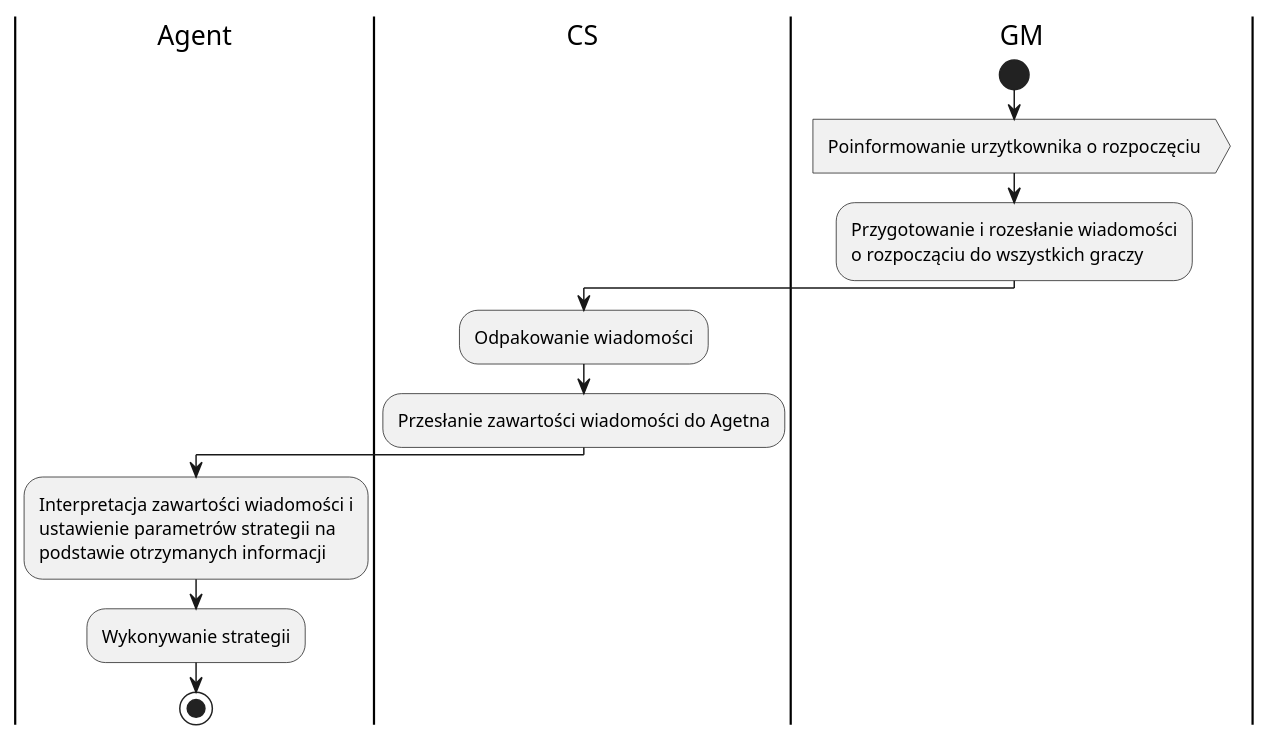
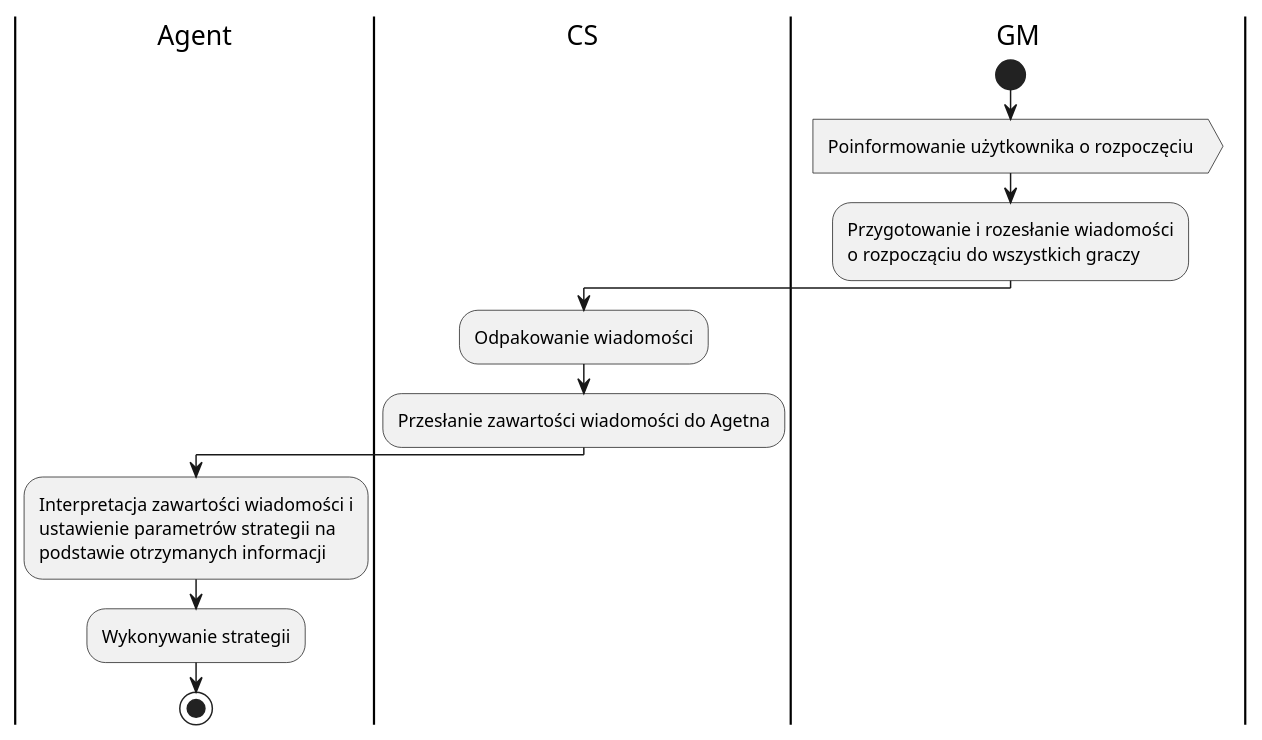
The diagram in UML/SequenceDiagram/Agent/startGame.puml (MINI-IO/IO-project-game), drawn with PlantUML before and after one commit.

```diff
--- a/UML/SequenceDiagram/Agent/startGame.puml
+++ b/UML/SequenceDiagram/Agent/startGame.puml
@@ -1,20 +1,20 @@
 @startuml
 skinparam shadowing false
 skinparam monochrome true
 skinparam sequenceGroupBorderThickness 0.5
 |Agent|
 |CS|
 |GM|
 start
-:Poinformowanie urzytkownika o rozpoczęciu>
+:Poinformowanie użytkownika o rozpoczęciu>
 :Przygotowanie i rozesłanie wiadomości\no rozpocząciu do wszystkich graczy;
 |CS|
 :Odpakowanie wiadomości;
 :Przesłanie zawartości wiadomości do Agetna;
 |Agent|
 :Interpretacja zawartości wiadomości i\nustawienie parametrów strategii na\npodstawie otrzymanych informacji;
 :Wykonywanie strategii;
 stop
 
 
 @enduml
```
